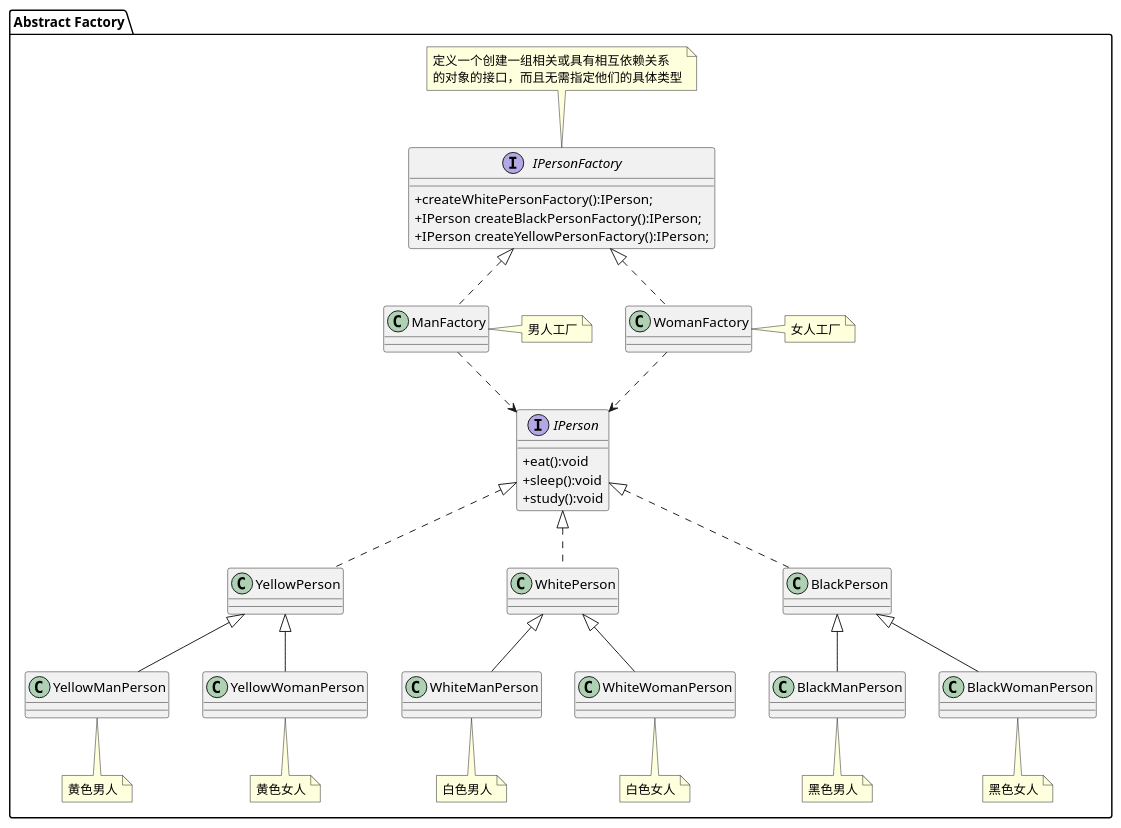
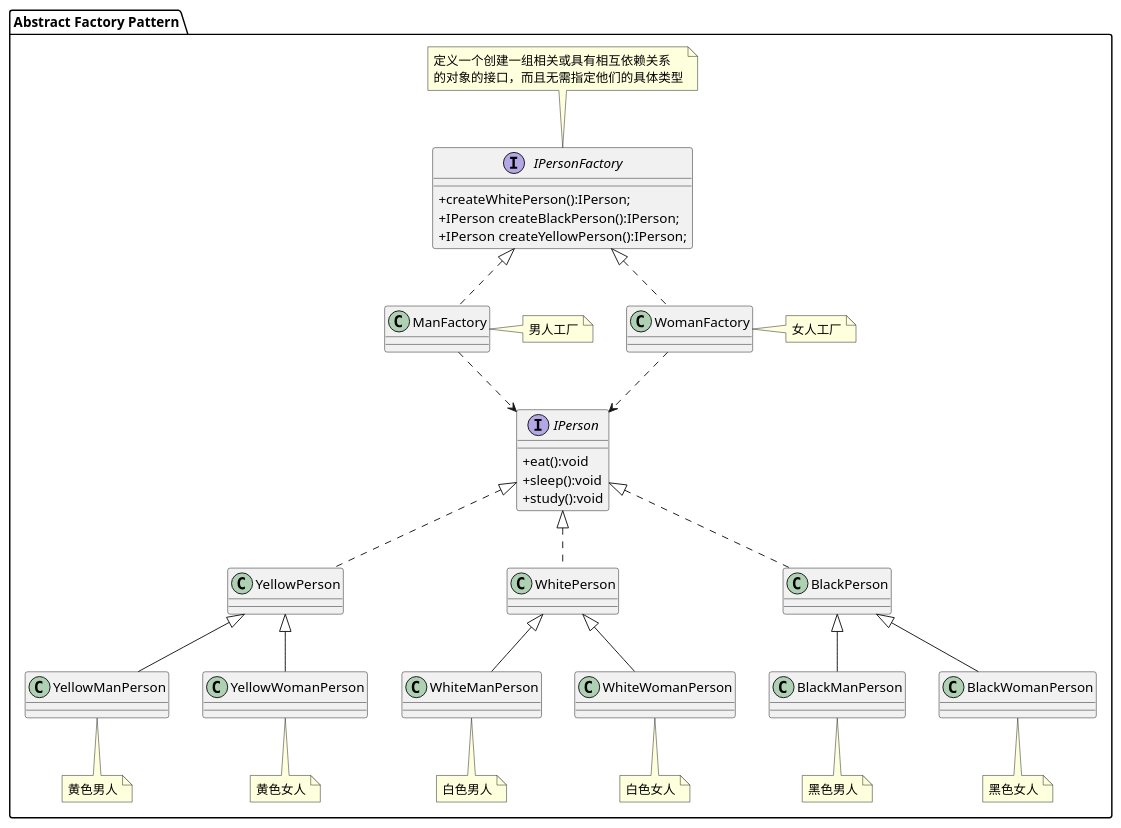
One commit to mxdldev/java-design-pattern changed the diagram in lib_design_pattern/src/main/java/com/mxdl/desigin/pattern/create/a05_factory_abstract/uml/abstract_factory.puml. Above: the diagram before and after it, drawn with PlantUML. The commit also changed 56 other files, not shown here.

```diff
--- a/lib_design_pattern/src/main/java/com/mxdl/desigin/pattern/create/a05_factory_abstract/uml/abstract_factory.puml
+++ b/lib_design_pattern/src/main/java/com/mxdl/desigin/pattern/create/a05_factory_abstract/uml/abstract_factory.puml
@@ -1,56 +1,56 @@
 @startuml
 skinparam classAttributeIconSize 0
-package "Abstract Factory"{
+package "Abstract Factory Pattern"{
 interface IPerson{
      +eat():void
      +sleep():void
      +study():void
 }
 
 class YellowPerson implements IPerson
 class WhitePerson implements IPerson
 class BlackPerson implements IPerson
 
 class YellowManPerson
 note bottom:黄色男人
 class YellowManPerson extends YellowPerson
 
 class YellowWomanPerson
 note bottom:黄色女人
 class YellowWomanPerson extends YellowPerson
 
 class WhiteManPerson
 note bottom:白色男人
 class WhiteManPerson extends WhitePerson
 
 class WhiteWomanPerson
 note bottom:白色女人
 class WhiteWomanPerson extends WhitePerson
 
 class BlackManPerson
 note bottom:黑色男人
 class BlackManPerson extends BlackPerson
 
 class BlackWomanPerson
 note bottom:黑色女人
 class BlackWomanPerson extends BlackPerson
 
 interface IPersonFactory {
-    +createWhitePersonFactory():IPerson;
-    +IPerson createBlackPersonFactory():IPerson;
-    +IPerson createYellowPersonFactory():IPerson;
+    +createWhitePerson():IPerson;
+    +IPerson createBlackPerson():IPerson;
+    +IPerson createYellowPerson():IPerson;
 }
 note top:定义一个创建一组相关或具有相互依赖关系\n的对象的接口，而且无需指定他们的具体类型
 class ManFactory
 note right:男人工厂
 class ManFactory implements IPersonFactory
 
 class WomanFactory
 note right:女人工厂
 class WomanFactory implements IPersonFactory
 
 ManFactory -.> IPerson
 WomanFactory -.> IPerson
 }
 
 @enduml
```
